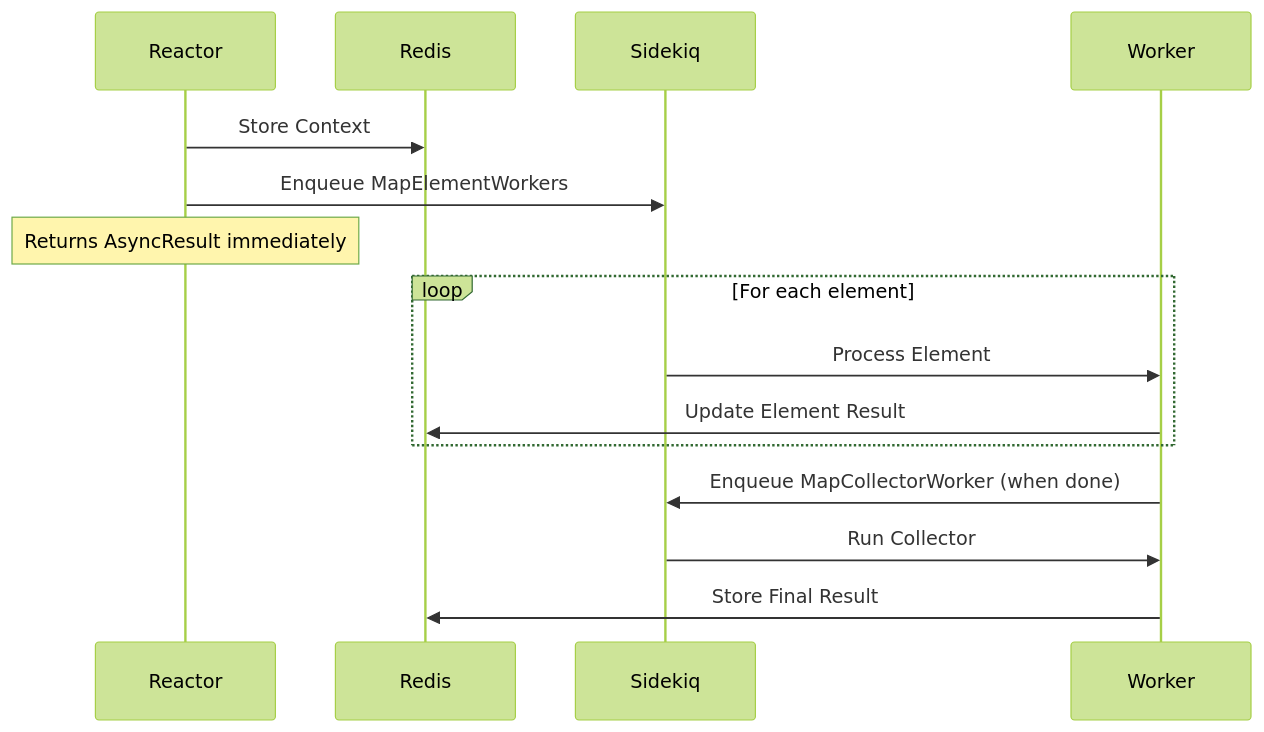
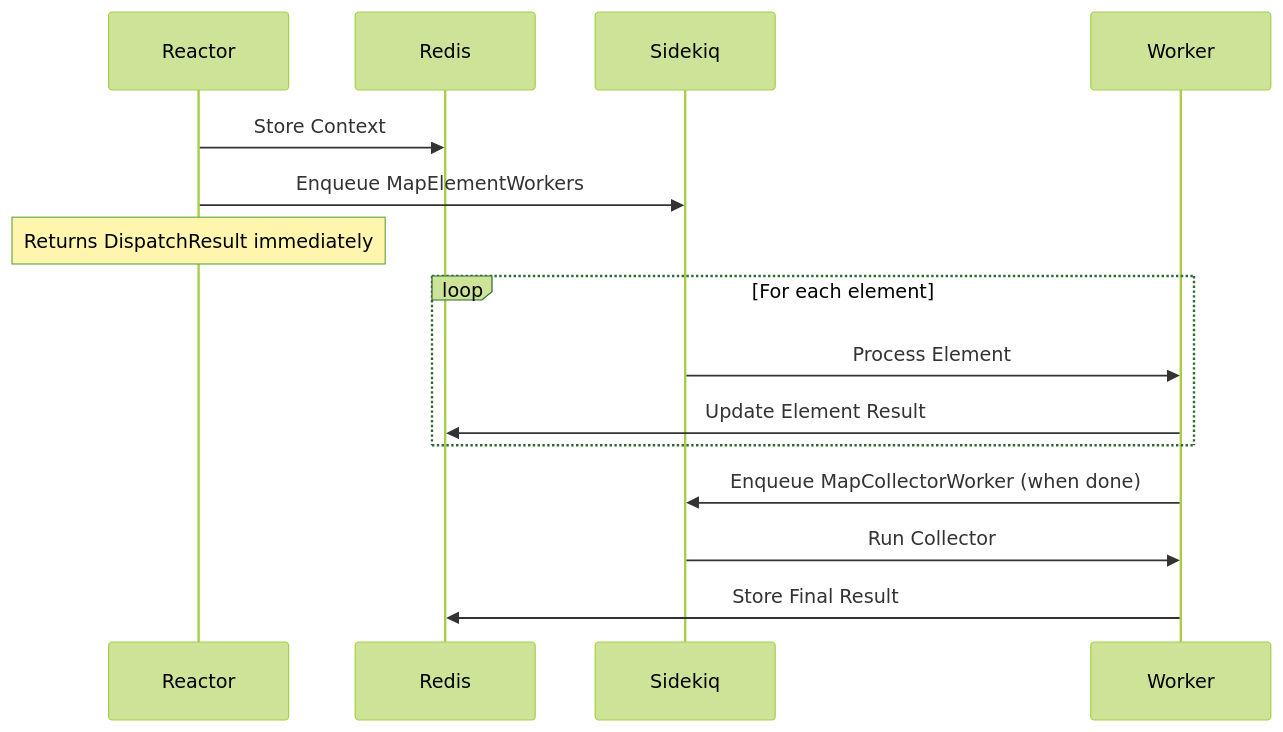
The first of 2 diagrams in demo_app/documentation/data_pipelines.md (arturictus/ruby_reactor), drawn with Mermaid (forest theme) before and after one commit. The commit also changed 187 other files, not shown here.

````diff
--- a/demo_app/documentation/data_pipelines.md
+++ b/demo_app/documentation/data_pipelines.md
@@ -71,20 +71,20 @@
 ```mermaid
 sequenceDiagram
     participant Reactor
     participant Redis
     participant Sidekiq
     participant Worker
 
     Reactor->>Redis: Store Context
     Reactor->>Sidekiq: Enqueue MapElementWorkers
-    Note over Reactor: Returns AsyncResult immediately
+    Note over Reactor: Returns DispatchResult immediately
     
     loop For each element
         Sidekiq->>Worker: Process Element
         Worker->>Redis: Update Element Result
     end
 
     Worker->>Sidekiq: Enqueue MapCollectorWorker (when done)
     Sidekiq->>Worker: Run Collector
     Worker->>Redis: Store Final Result
 ```
````
